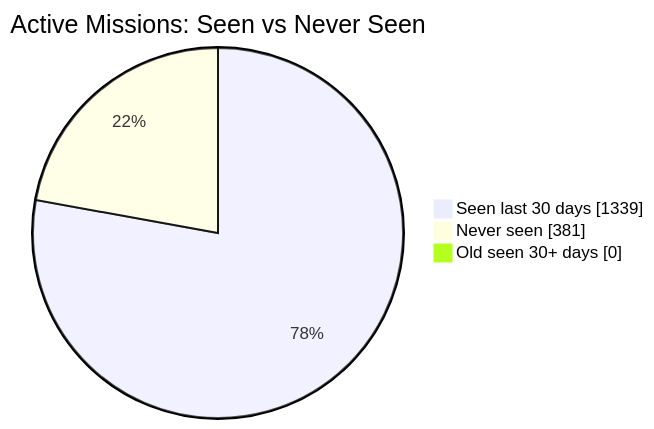
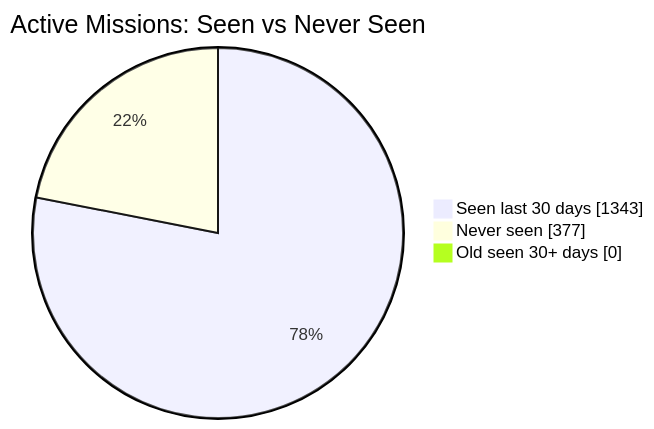
Before and after one commit to MeldkamerspelGameTeam/active-missions: the first of 2 diagrams in README.md, drawn with Mermaid. The commit also changed other lines of this file and 2 other files, not shown here.

````diff
--- a/README.md
+++ b/README.md
@@ -34,7 +34,7 @@
 ```mermaid
 pie showData
     title Active Missions: Seen vs Never Seen
-    "Seen last 30 days" : 1339
-    "Never seen" : 381
+    "Seen last 30 days" : 1343
+    "Never seen" : 377
     "Old seen 30+ days" : 0
 ```
````
